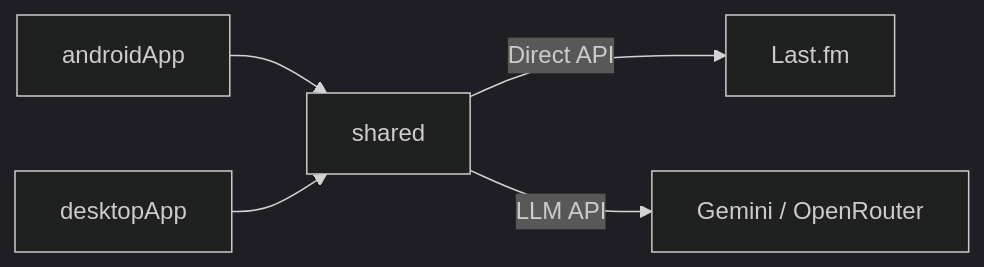
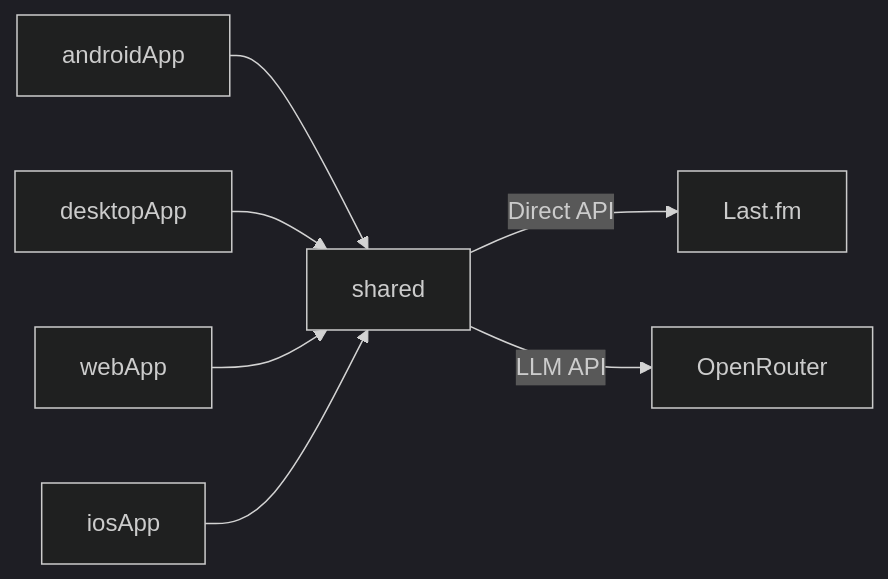
Before and after one commit to okku007/sonic-signature: the diagram in README.md, drawn with Mermaid (dark theme). The commit also changed other lines of this file and 2 other files, not shown here.

````diff
--- a/README.md
+++ b/README.md
@@ -9,7 +9,9 @@
 ```mermaid
 graph LR
     A[androidApp] --> S[shared]
     D[desktopApp] --> S
+    W[webApp] --> S
+    I[iosApp] --> S
     S -->|Direct API| L[Last.fm]
-    S -->|LLM API| G[Gemini / OpenRouter]
+    S -->|LLM API| O[OpenRouter]
 ```
````
